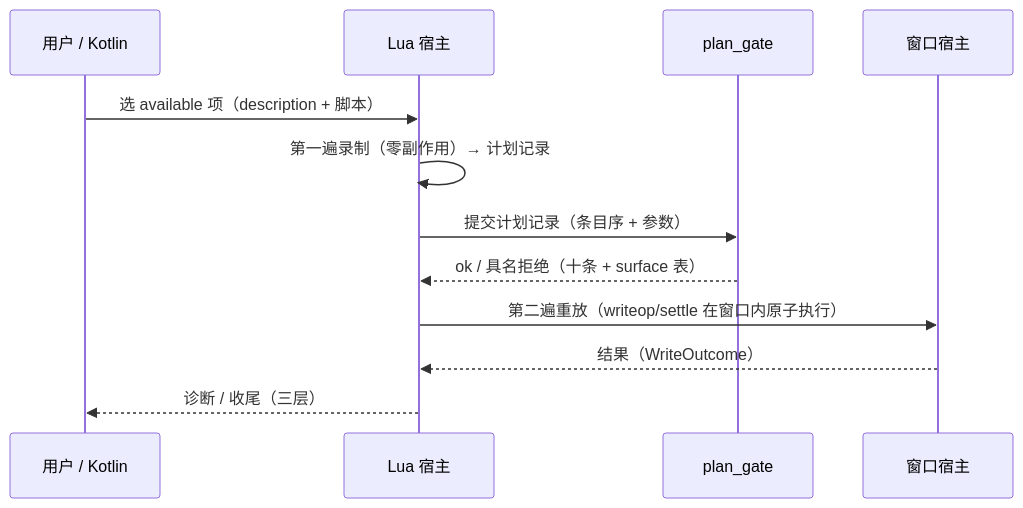
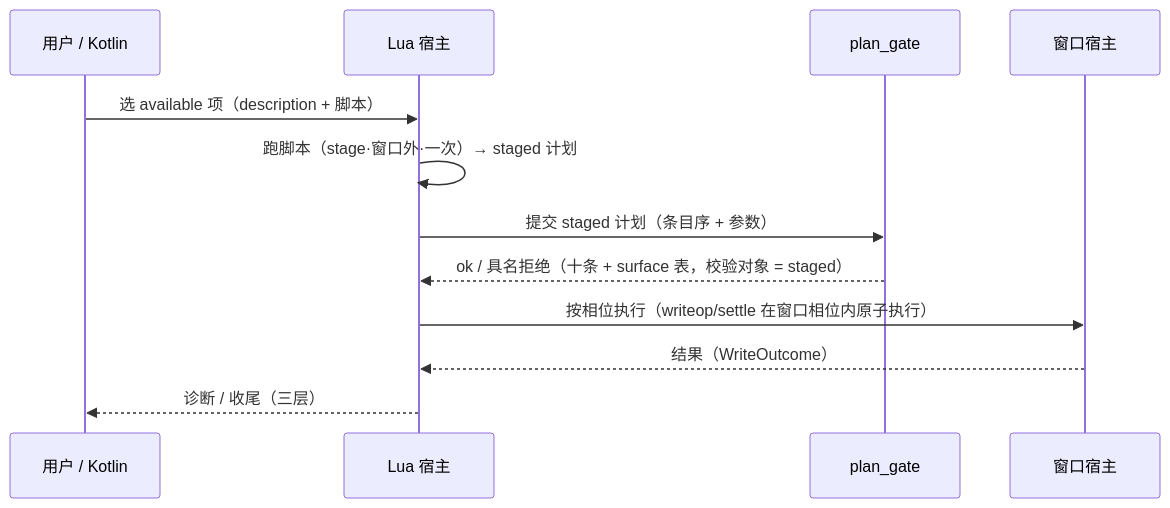
One commit to YuKongA/ghostlock-app changed diagram 17 of 17 in docs/development/full-process-uml.md. Above: the diagram before and after it, drawn with Mermaid. The commit also changed other lines of this file and 1 other file, not shown here.

First line of the commit message:
docs: settle the script surface on fine-grained ops, a chosen syntax and single-pass staging

````diff
--- a/docs/development/full-process-uml.md
+++ b/docs/development/full-process-uml.md
@@ -818,14 +819,14 @@
 ```mermaid
 sequenceDiagram
   participant U as 用户 / Kotlin
   participant L as Lua 宿主
   participant G as plan_gate
   participant W as 窗口宿主
   U->>L: 选 available 项（description + 脚本）
-  L->>L: 第一遍录制（零副作用）→ 计划记录
-  L->>G: 提交计划记录（条目序 + 参数）
-  G-->>L: ok / 具名拒绝（十条 + surface 表）
-  L->>W: 第二遍重放（writeop/settle 在窗口内原子执行）
+  L->>L: 跑脚本（stage·窗口外·一次）→ staged 计划
+  L->>G: 提交 staged 计划（条目序 + 参数）
+  G-->>L: ok / 具名拒绝（十条 + surface 表，校验对象 = staged）
+  L->>W: 按相位执行（writeop/settle 在窗口相位内原子执行）
   W-->>L: 结果（WriteOutcome）
   L-->>U: 诊断 / 收尾（三层）
 ```
````
